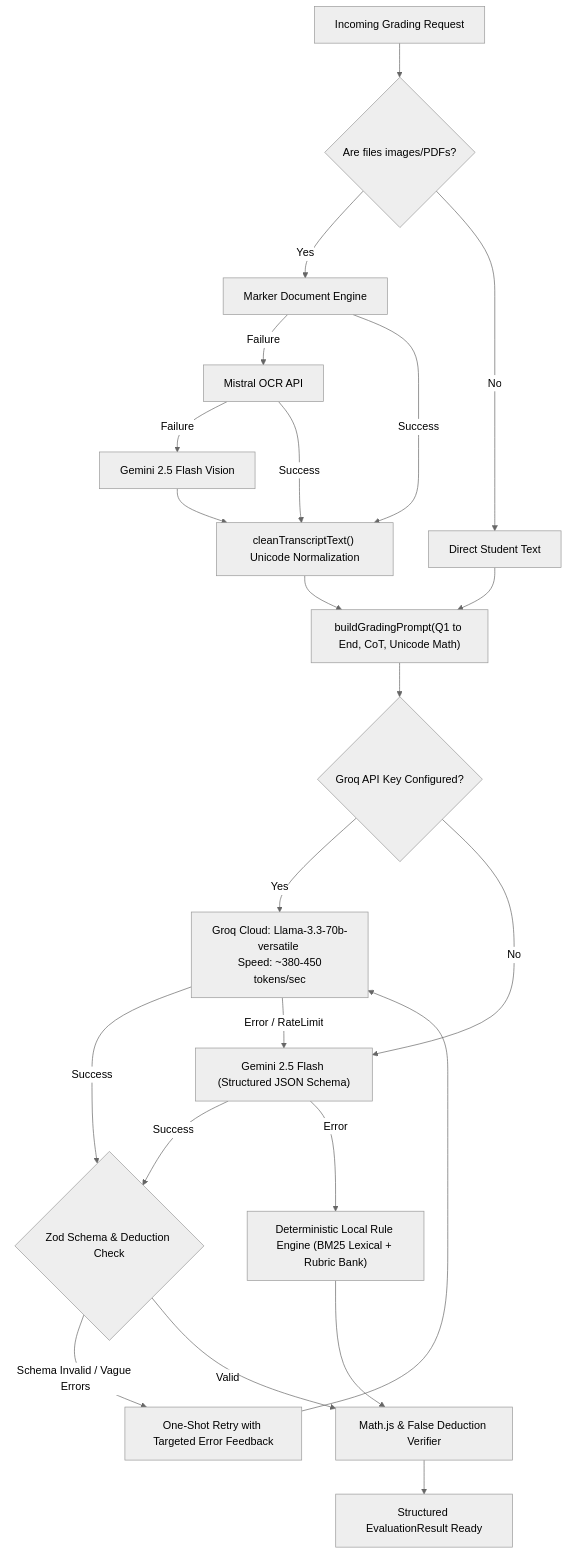
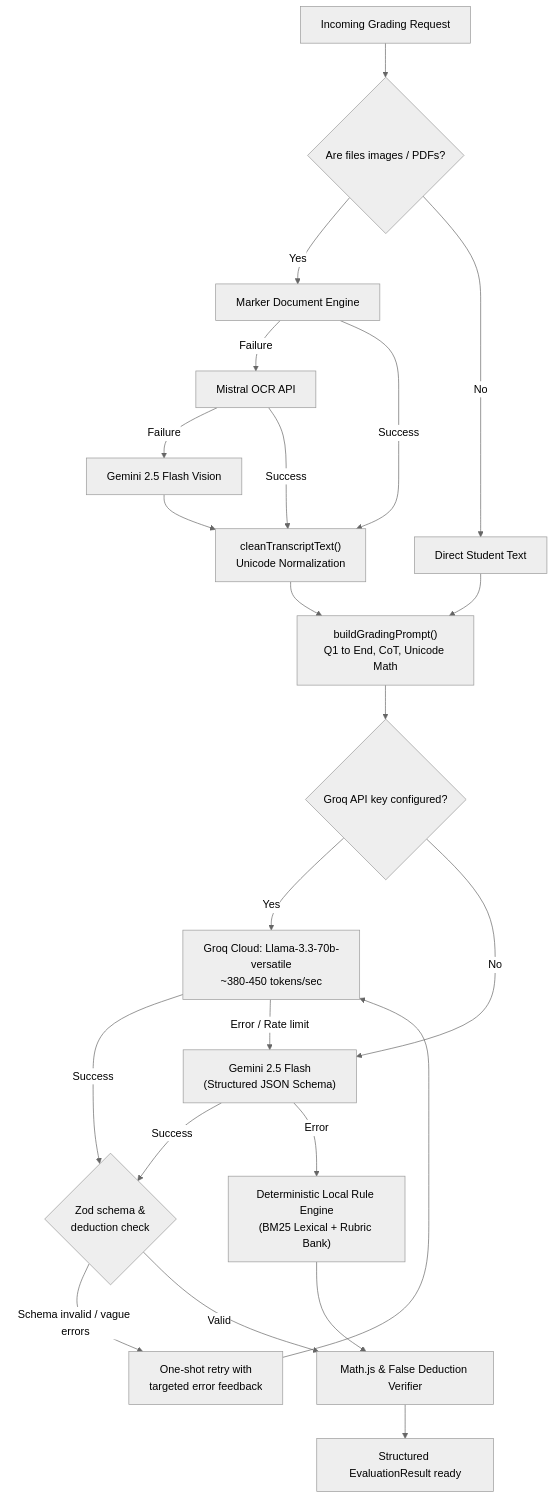
Before and after one commit to DevSars24/PrepForge: the third of 9 diagrams in README.md, drawn with Mermaid (neutral theme). The commit also changed other lines of this file, not shown here.

````diff
--- a/README.md
+++ b/README.md
@@ -166,31 +176,30 @@
 ```mermaid
 flowchart TD
-    Start["Incoming Grading Request"] --> OCRCheck{"Are files images/PDFs?"}
-    
+    Start["Incoming Grading Request"] --> OCRCheck{"Are files images / PDFs?"}
+
     OCRCheck -- Yes --> OCR1["Marker Document Engine"]
     OCR1 -- Failure --> OCR2["Mistral OCR API"]
     OCR2 -- Failure --> OCR3["Gemini 2.5 Flash Vision"]
-    OCR3 --> OCRSanitize["cleanTranscriptText() Unicode Normalization"]
+    OCR3 --> OCRSanitize["cleanTranscriptText()<br/>Unicode Normalization"]
     OCR1 -- Success --> OCRSanitize
     OCR2 -- Success --> OCRSanitize
     OCRCheck -- No --> TextDirect["Direct Student Text"]
 
-    OCRSanitize --> PromptBuilder["buildGradingPrompt(Q1 to End, CoT, Unicode Math)"]
+    OCRSanitize --> PromptBuilder["buildGradingPrompt()<br/>Q1 to End, CoT, Unicode Math"]
     TextDirect --> PromptBuilder
 
-    PromptBuilder --> PrimaryInference{"Groq API Key Configured?"}
-    PrimaryInference -- Yes --> CallGroq["Groq Cloud: Llama-3.3-70b-versatile <br/> Speed: ~380-450 tokens/sec"]
-    CallGroq -- Success --> ValidateJSON{"Zod Schema & Deduction Check"}
-    
-    CallGroq -- Error / RateLimit --> GeminiFallback["Gemini 2.5 Flash (Structured JSON Schema)"]
+    PromptBuilder --> PrimaryInference{"Groq API key configured?"}
+    PrimaryInference -- Yes --> CallGroq["Groq Cloud: Llama-3.3-70b-versatile<br/>~380-450 tokens/sec"]
     PrimaryInference -- No --> GeminiFallback
-    
+    CallGroq -- Success --> ValidateJSON{"Zod schema &<br/>deduction check"}
+    CallGroq -- "Error / Rate limit" --> GeminiFallback["Gemini 2.5 Flash<br/>(Structured JSON Schema)"]
+
     GeminiFallback -- Success --> ValidateJSON
-    GeminiFallback -- Error --> DeterministicFallback["Deterministic Local Rule Engine (BM25 Lexical + Rubric Bank)"]
+    GeminiFallback -- Error --> DeterministicFallback["Deterministic Local Rule Engine<br/>(BM25 Lexical + Rubric Bank)"]
 
-    ValidateJSON -- Schema Invalid / Vague Errors --> RetryPrompt["One-Shot Retry with Targeted Error Feedback"]
+    ValidateJSON -- "Schema invalid / vague errors" --> RetryPrompt["One-shot retry with<br/>targeted error feedback"]
     RetryPrompt --> CallGroq
     ValidateJSON -- Valid --> GuardrailEngine["Math.js & False Deduction Verifier"]
     DeterministicFallback --> GuardrailEngine
-    GuardrailEngine --> OutputReady["Structured EvaluationResult Ready"]
+    GuardrailEngine --> OutputReady["Structured EvaluationResult ready"]
 ```
````
